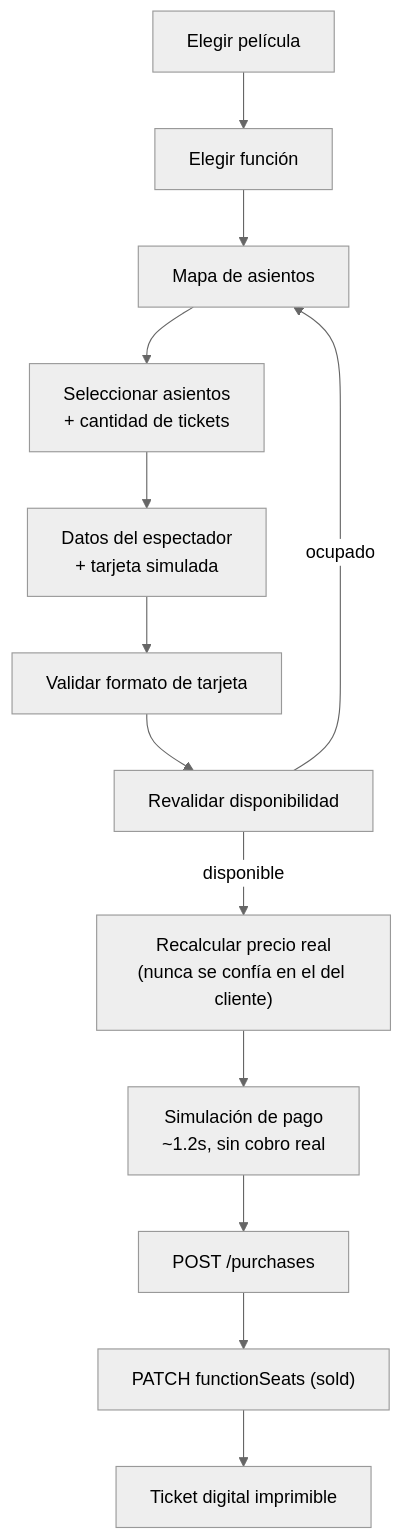
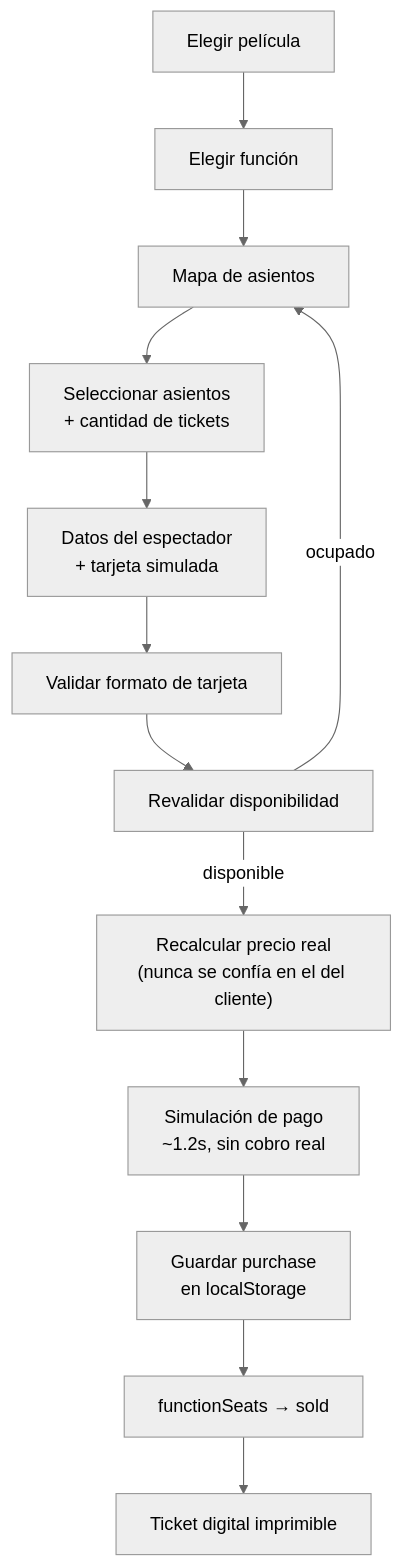
The fifth of 5 diagrams in README.md (santiagosanabria-1/proyecto-javascrip-santiago), drawn with Mermaid (neutral theme) before and after one commit. The commit also changed other lines of this file and 21 other files, not shown here.

First line of the commit message:
♻️ refactor(datos): reemplazar JSON Server por localStorage

````diff
--- a/README.md
+++ b/README.md
@@ -415,15 +415,15 @@
 ```mermaid
 flowchart TD
     A["Elegir película"] --> B["Elegir función"]
     B --> C["Mapa de asientos"]
     C --> D["Seleccionar asientos<br/>+ cantidad de tickets"]
     D --> F["Datos del espectador<br/>+ tarjeta simulada"]
     F --> G["Validar formato de tarjeta"]
     G --> H["Revalidar disponibilidad"]
     H -- ocupado --> C
     H -- disponible --> I["Recalcular precio real<br/>(nunca se confía en el del cliente)"]
     I --> J["Simulación de pago<br/>~1.2s, sin cobro real"]
-    J --> K["POST /purchases"]
-    K --> L["PATCH functionSeats (sold)"]
+    J --> K["Guardar purchase<br/>en localStorage"]
+    K --> L["functionSeats → sold"]
     L --> M["Ticket digital imprimible"]
 ```
````
